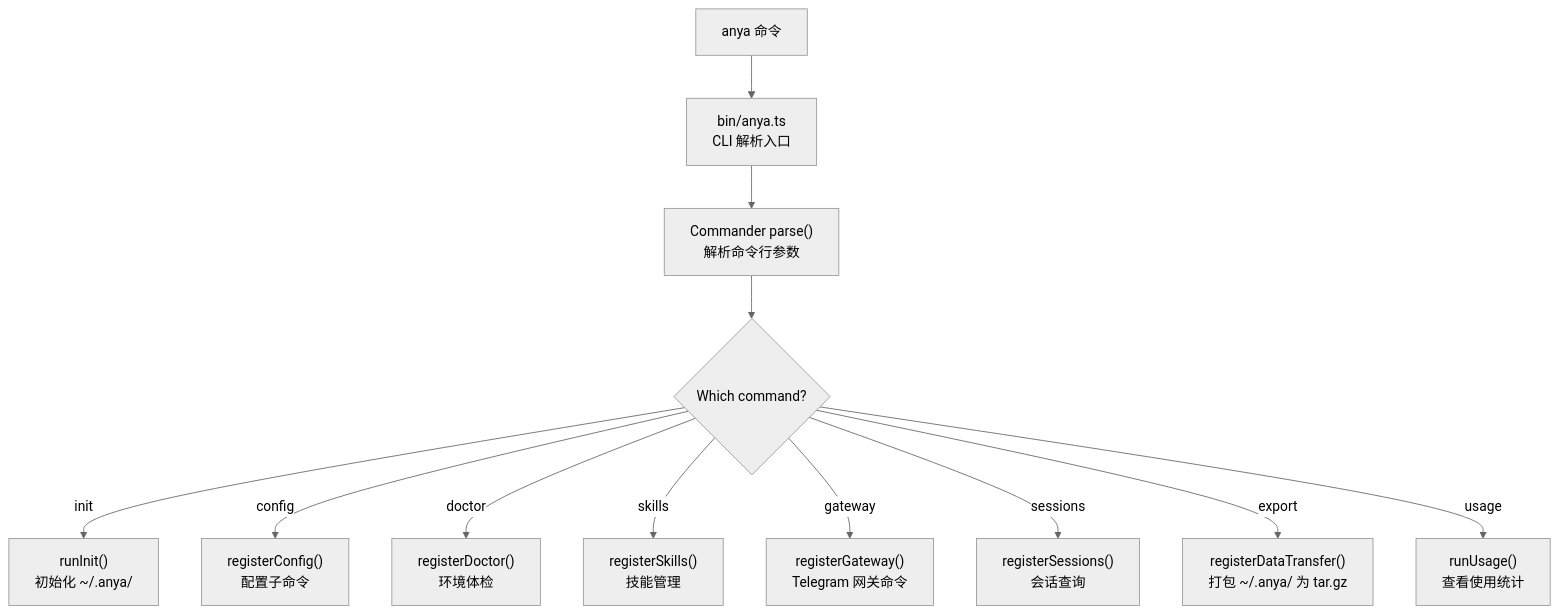
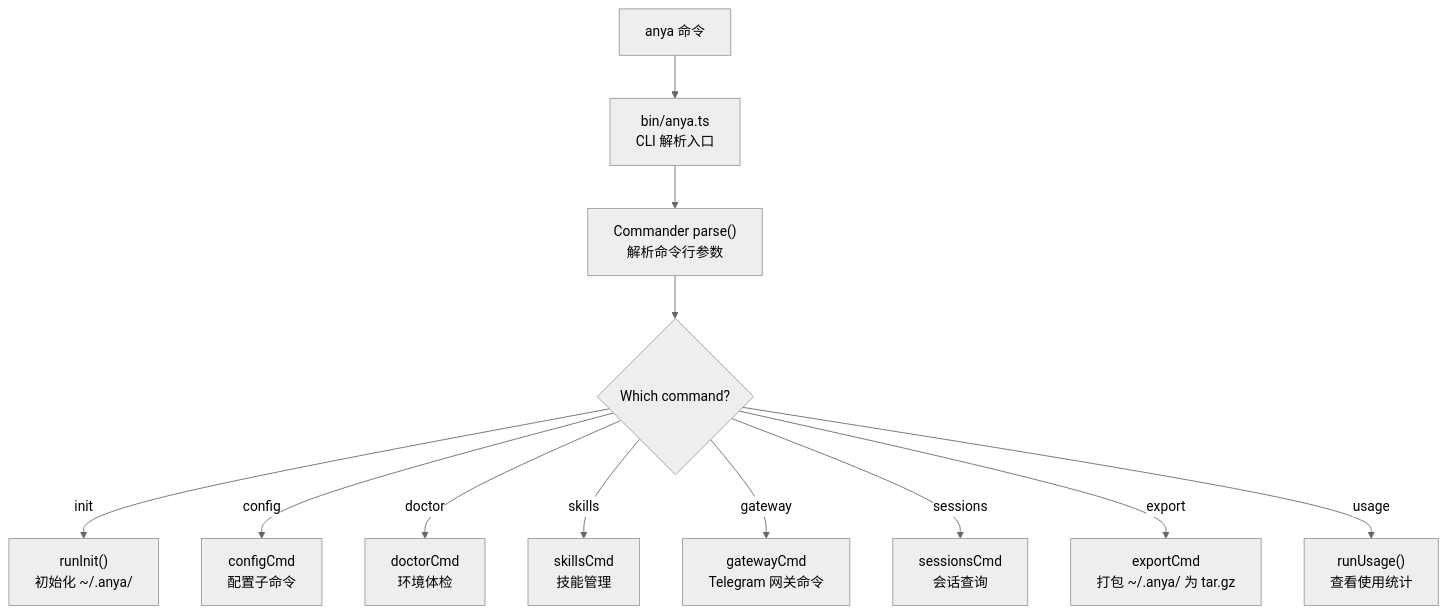
Before and after one commit to boltguo/anya: the third of 12 diagrams in docs/architecture-diagrams.md, drawn with Mermaid (neutral theme). The commit also changed other lines of this file and 8 other files, not shown here.

````diff
--- a/docs/architecture-diagrams.md
+++ b/docs/architecture-diagrams.md
@@ -118,15 +118,15 @@
 ```mermaid
 flowchart TD
   START["anya 命令"] --> BIN["bin/anya.ts\nCLI 解析入口"]
   BIN --> PARSE["Commander parse()\n解析命令行参数"]
   PARSE --> CMD{"Which command?"}
 
   CMD -->|init| INIT["runInit()\n初始化 ~/.anya/"]
-  CMD -->|config| CONFIG["registerConfig()\n配置子命令"]
-  CMD -->|doctor| DOCTOR["registerDoctor()\n环境体检"]
-  CMD -->|skills| SKILLS["registerSkills()\n技能管理"]
-  CMD -->|gateway| GATEWAY["registerGateway()\nTelegram 网关命令"]
-  CMD -->|sessions| SESSIONS["registerSessions()\n会话查询"]
-  CMD -->|export| EXPORT["registerDataTransfer()\n打包 ~/.anya/ 为 tar.gz"]
+  CMD -->|config| CONFIG["configCmd\n配置子命令"]
+  CMD -->|doctor| DOCTOR["doctorCmd\n环境体检"]
+  CMD -->|skills| SKILLS["skillsCmd\n技能管理"]
+  CMD -->|gateway| GATEWAY["gatewayCmd\nTelegram 网关命令"]
+  CMD -->|sessions| SESSIONS["sessionsCmd\n会话查询"]
+  CMD -->|export| EXPORT["exportCmd\n打包 ~/.anya/ 为 tar.gz"]
   CMD -->|usage| USAGE["runUsage()\n查看使用统计"]
 ```
````
